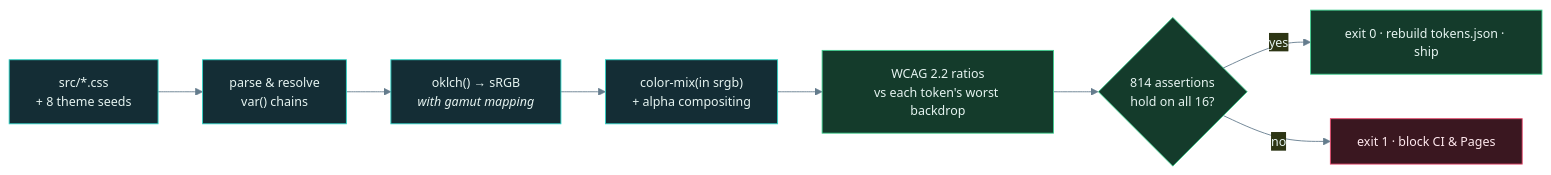
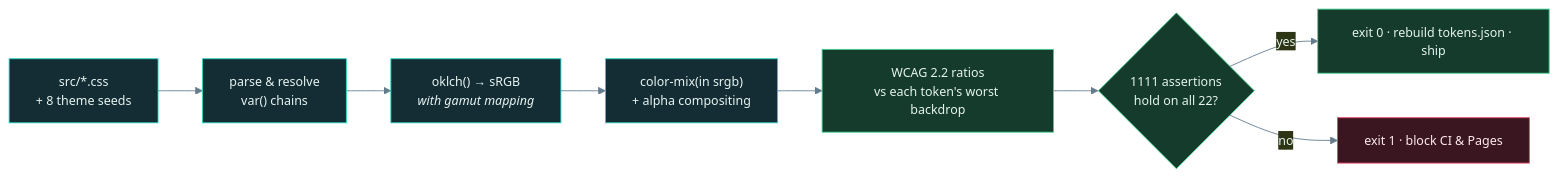
Before and after one commit to abheet19/glass: the first of 2 diagrams in README.md, drawn with Mermaid. The commit also changed other lines of this file, not shown here.

````diff
--- a/README.md
+++ b/README.md
@@ -216,15 +216,15 @@
 ```mermaid
 %%{init: {'theme':'base','themeVariables':{'primaryColor':'#142d35','primaryTextColor':'#e6f4f1','primaryBorderColor':'#2ed3c6','lineColor':'#647c8d','fontSize':'14px'}}}%%
 flowchart LR
     CSS["src/*.css<br/>+ 8 theme seeds"] --> P["parse & resolve<br/>var() chains"]
     P --> O["oklch() → sRGB<br/><i>with gamut mapping</i>"]
     O --> MIX["color-mix(in srgb)<br/>+ alpha compositing"]
     MIX --> WCAG["WCAG 2.2 ratios<br/>vs each token's worst backdrop"]
-    WCAG --> G{"814 assertions<br/>hold on all 16?"}
+    WCAG --> G{"1111 assertions<br/>hold on all 22?"}
     G -->|yes| PASS["exit 0 · rebuild tokens.json · ship"]
     G -->|no| FAIL["exit 1 · block CI & Pages"]
     classDef proof fill:#143b2b,stroke:#3ecf8e,color:#e6f4f1
     classDef stop fill:#3a1720,stroke:#e8496c,color:#ffe9ee
     class WCAG,G,PASS proof
     class FAIL stop
 ```
````
